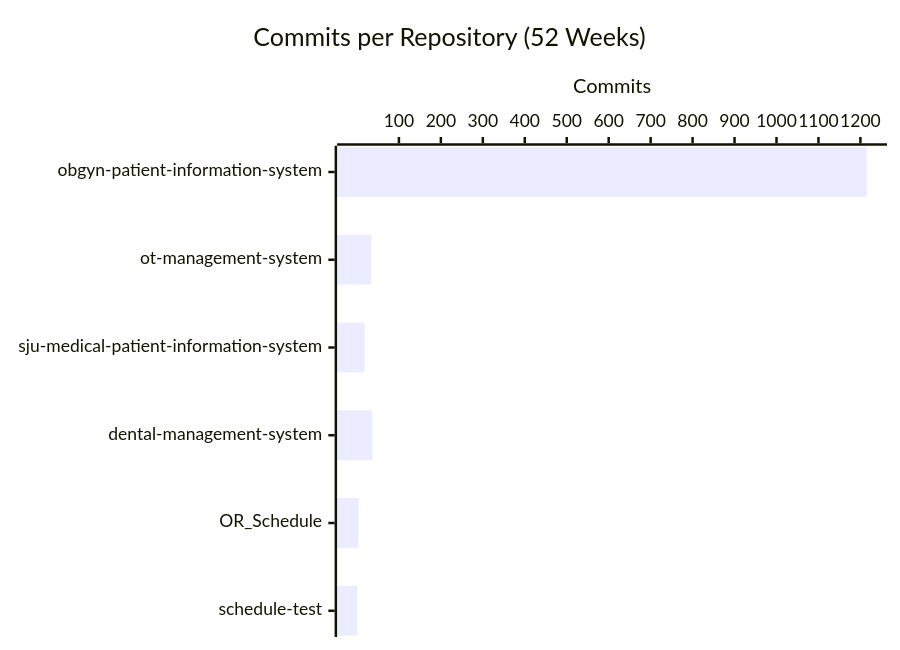
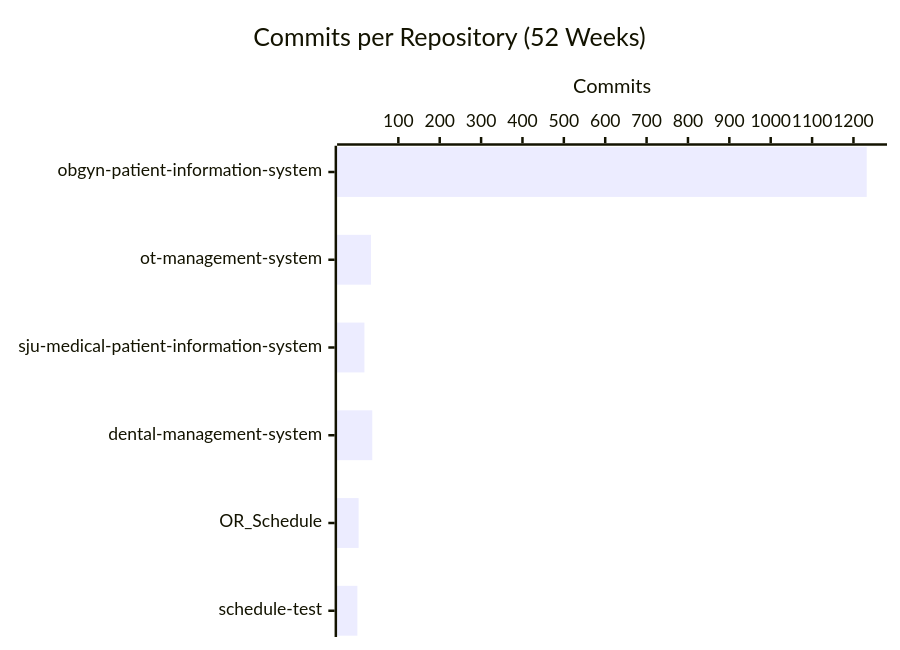
The second of 4 diagrams in profile/README.md (CSTH-Projects/.github), drawn with Mermaid before and after one commit. The commit also changed other lines of this file, not shown here.

````diff
--- a/profile/README.md
+++ b/profile/README.md
@@ -24,7 +24,7 @@
 ```mermaid
 xychart-beta horizontal
     title "Commits per Repository (52 Weeks)"
     x-axis ["obgyn-patient-information-system", "ot-management-system", "sju-medical-patient-information-system", "dental-management-system", "OR_Schedule", "schedule-test"]
     y-axis "Commits"
-    bar [1215, 34, 18, 37, 4, 1]
+    bar [1232, 34, 18, 37, 4, 1]
 ```
````
